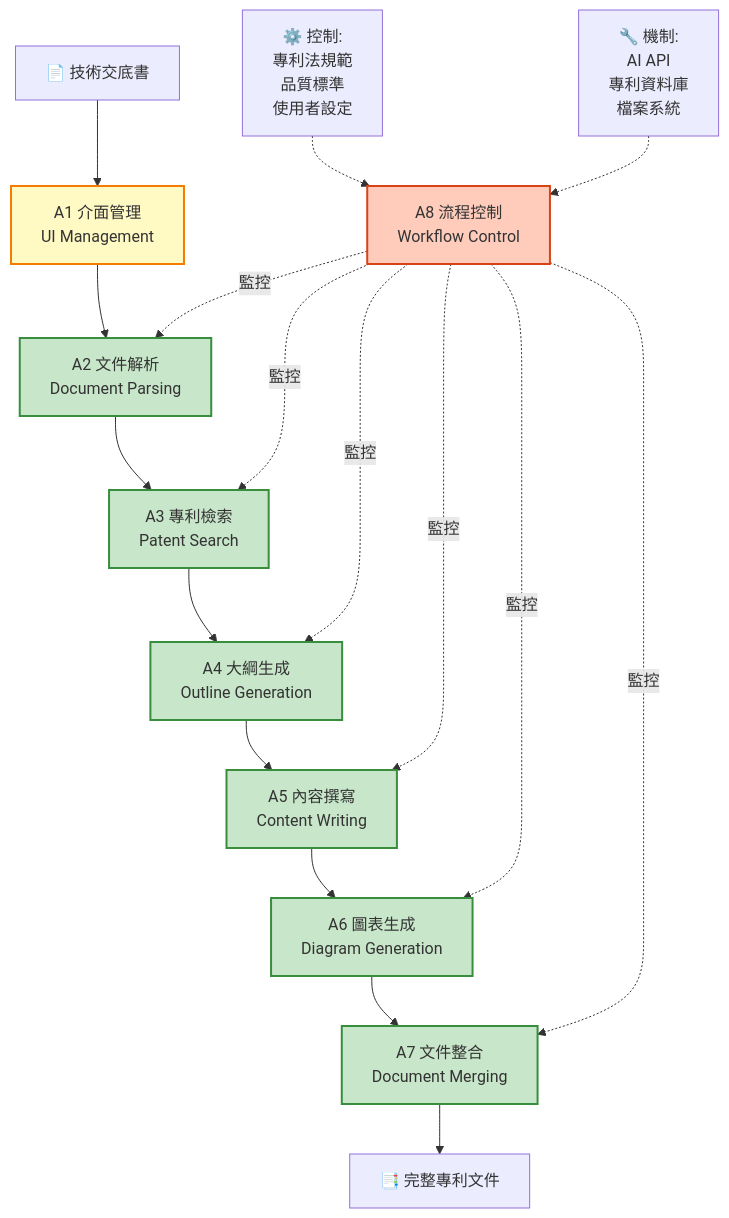
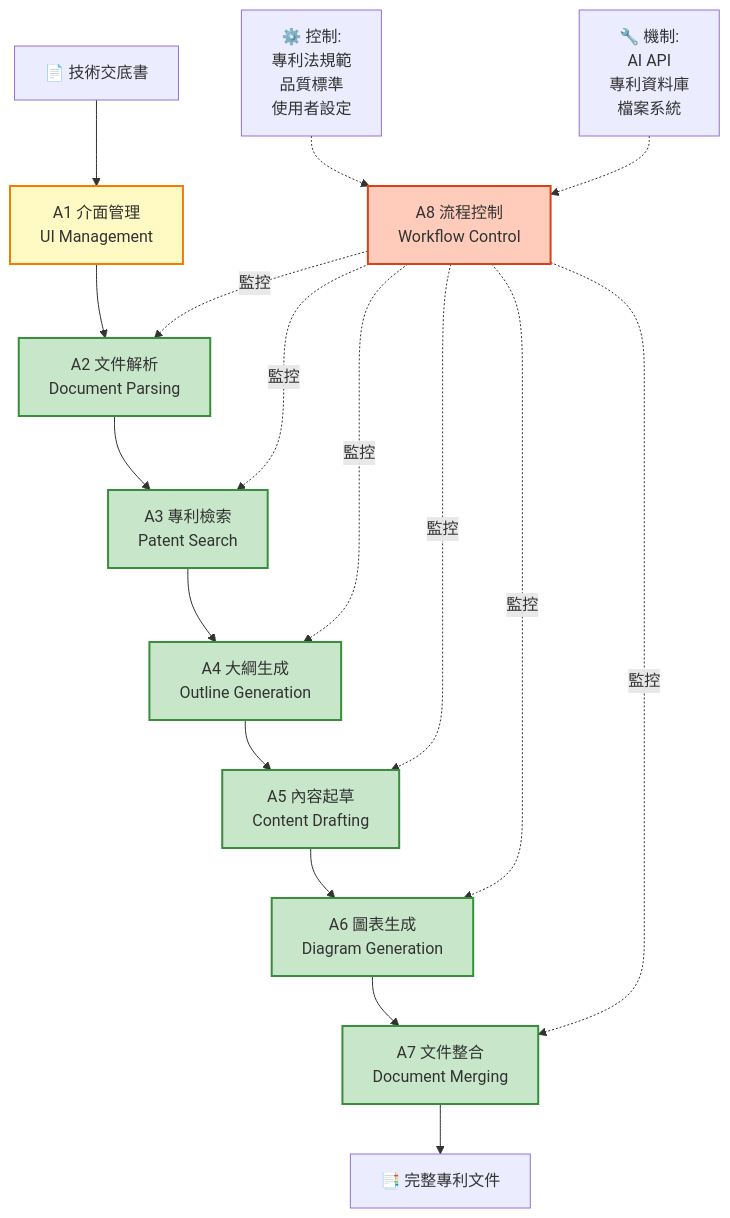
One commit to Raw1mage/PatentDrafter changed the third of 6 diagrams in docs/A0_system_idef0.md. Above: the diagram before and after it, drawn with Mermaid. The commit also changed other lines of this file and 58 other files, not shown here.

````diff
--- a/docs/A0_system_idef0.md
+++ b/docs/A0_system_idef0.md
@@ -105,31 +191,31 @@
 ```mermaid
 flowchart TB
     Input["📄 技術交底書"] --> A1
 
     A1["A1 介面管理<br/>UI Management"] --> A2["A2 文件解析<br/>Document Parsing"]
     A2 --> A3["A3 專利檢索<br/>Patent Search"]
     A3 --> A4["A4 大綱生成<br/>Outline Generation"]
-    A4 --> A5["A5 內容撰寫<br/>Content Writing"]
+    A4 --> A5["A5 內容起草<br/>Content Drafting"]
     A5 --> A6["A6 圖表生成<br/>Diagram Generation"]
     A6 --> A7["A7 文件整合<br/>Document Merging"]
     A7 --> Output["📑 完整專利文件"]
 
     A8["A8 流程控制<br/>Workflow Control"] -.監控.-> A2
     A8 -.監控.-> A3
     A8 -.監控.-> A4
     A8 -.監控.-> A5
     A8 -.監控.-> A6
     A8 -.監控.-> A7
 
     Control["⚙️ 控制:<br/>專利法規範<br/>品質標準<br/>使用者設定"] -.-> A8
     Mechanism["🔧 機制:<br/>AI API<br/>專利資料庫<br/>檔案系統"] -.-> A8
 
     style A1 fill:#FFF9C4,stroke:#F57C00,stroke-width:2px
     style A2 fill:#C8E6C9,stroke:#388E3C,stroke-width:2px
     style A3 fill:#C8E6C9,stroke:#388E3C,stroke-width:2px
     style A4 fill:#C8E6C9,stroke:#388E3C,stroke-width:2px
     style A5 fill:#C8E6C9,stroke:#388E3C,stroke-width:2px
     style A6 fill:#C8E6C9,stroke:#388E3C,stroke-width:2px
     style A7 fill:#C8E6C9,stroke:#388E3C,stroke-width:2px
     style A8 fill:#FFCCBC,stroke:#D84315,stroke-width:2px
 ```
````
